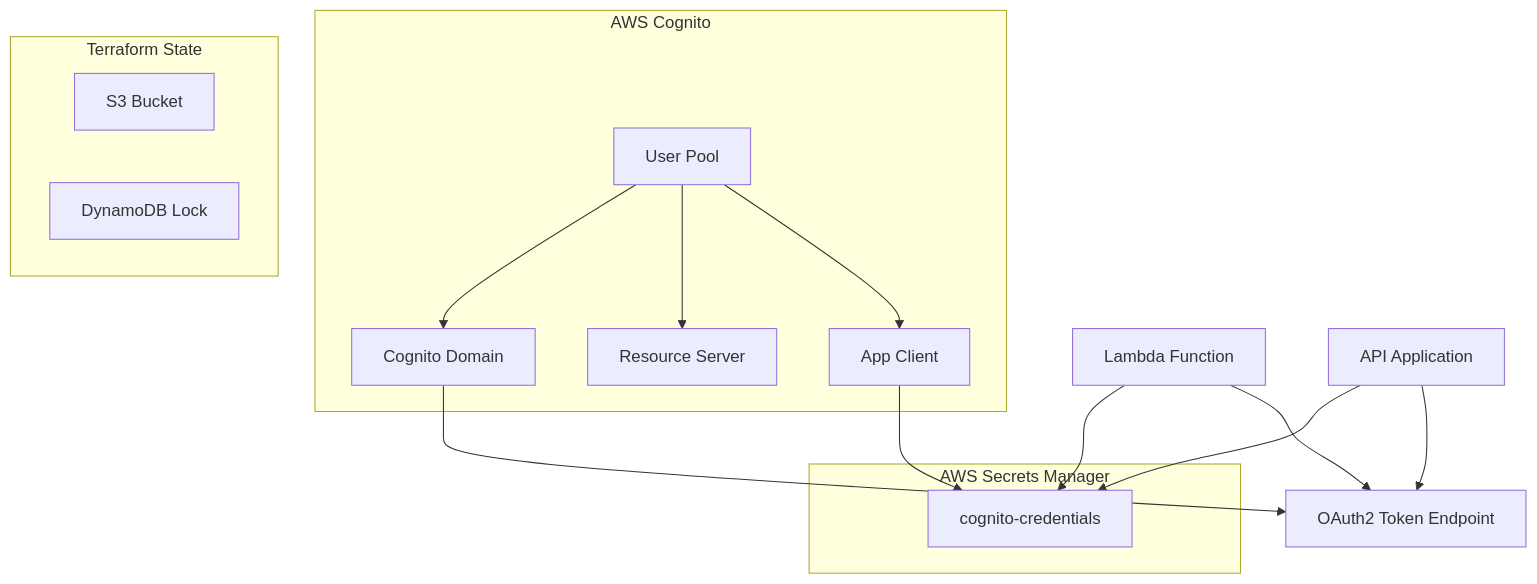
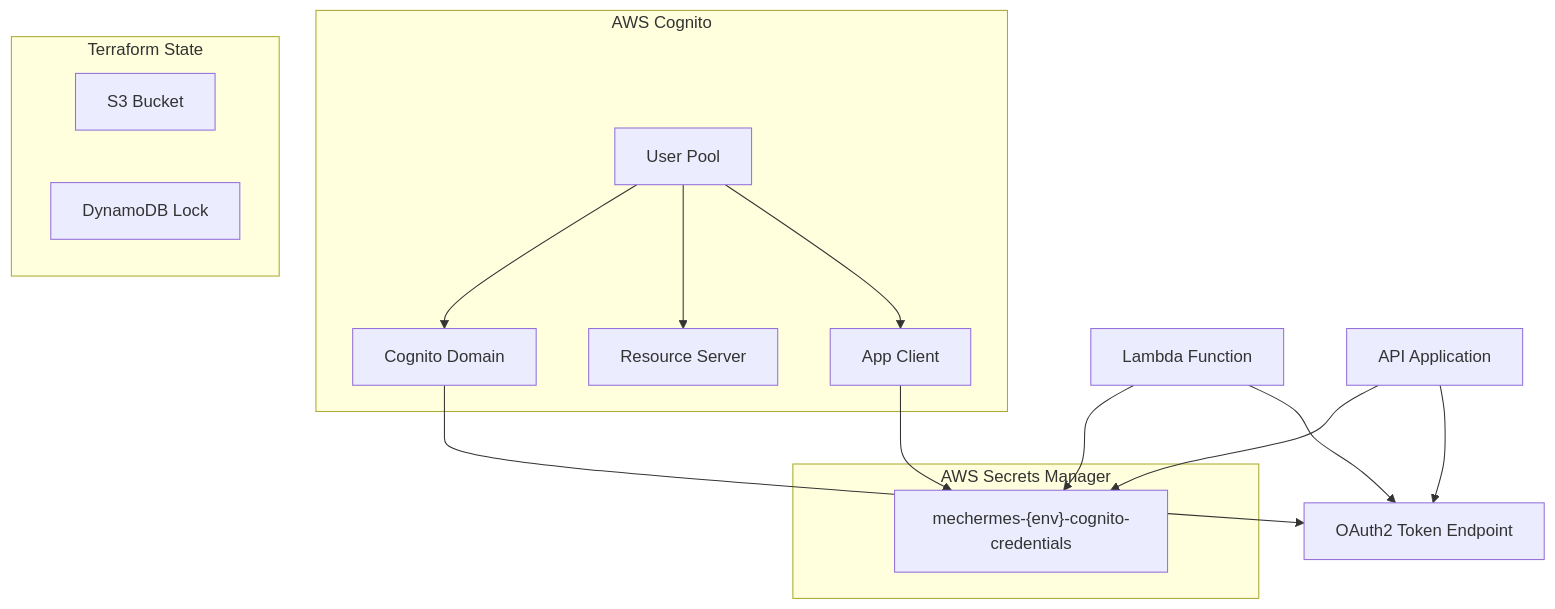
The diagram in cognito/README.md (fiap-challenge-13soat/mecanica-hermes-infra), drawn with Mermaid before and after one commit. The commit also changed other lines of this file and 12 other files, not shown here.

````diff
--- a/cognito/README.md
+++ b/cognito/README.md
@@ -43,30 +43,30 @@
 ```mermaid
 flowchart TB
     subgraph Cognito["AWS Cognito"]
         UP["User Pool"]
         RS["Resource Server"]
         Client["App Client"]
         Domain["Cognito Domain"]
     end
     
     subgraph Secrets["AWS Secrets Manager"]
-        Secret["cognito-credentials"]
+        Secret["mechermes-{env}-cognito-credentials"]
     end
     
     subgraph State["Terraform State"]
         S3["S3 Bucket"]
         DDB["DynamoDB Lock"]
     end
     
     UP --> Client
     UP --> RS
     UP --> Domain
     Client --> Secret
     
     Domain --> TokenEndpoint["OAuth2 Token Endpoint"]
     
     Lambda["Lambda Function"] --> TokenEndpoint
     Lambda --> Secret
     API["API Application"] --> TokenEndpoint
     API --> Secret
 ```
````
